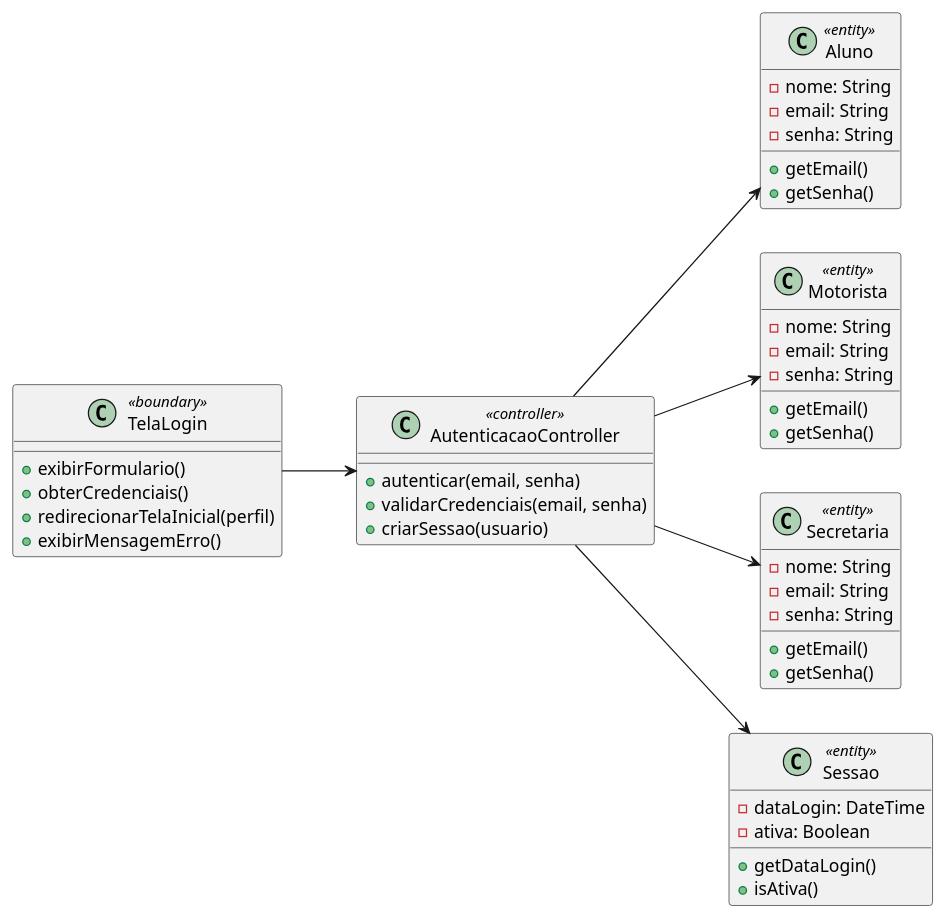
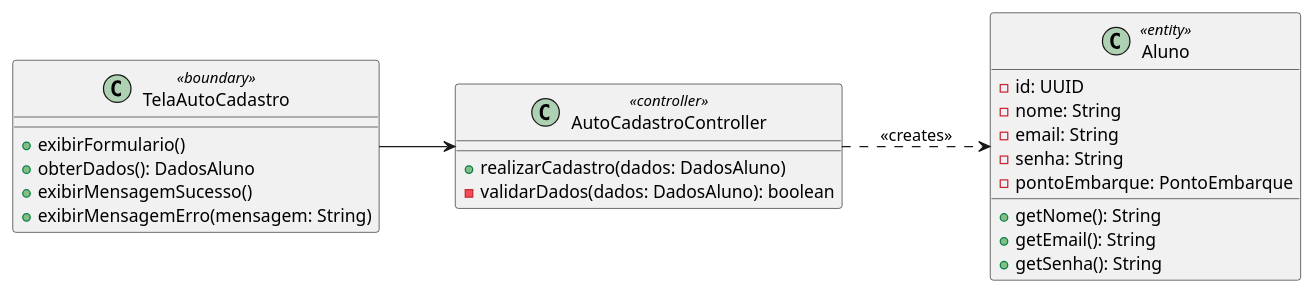
Before and after one commit to viniciusdias2902/modelagem_uml: the diagram in vcp/Caso_02_VCP.puml, drawn with PlantUML. The commit also changed other lines of this file and 117 other files, not shown here.

Commit message:
Atualização dos diagramas

```diff
--- a/vcp/Caso_02_VCP.puml
+++ b/vcp/Caso_02_VCP.puml
@@ -1,54 +1,38 @@
 @startuml
 left to right direction
 
-class TelaLogin <<boundary>> {
+' ==========================================
+' ECB
+' ==========================================
+
+class TelaAutoCadastro <<boundary>> {
     +exibirFormulario()
-    +obterCredenciais()
-    +redirecionarTelaInicial(perfil)
-    +exibirMensagemErro()
+    +obterDados(): DadosAluno
+    +exibirMensagemSucesso()
+    +exibirMensagemErro(mensagem: String)
 }
 
-class AutenticacaoController <<controller>> {
-    +autenticar(email, senha)
-    +validarCredenciais(email, senha)
-    +criarSessao(usuario)
+class AutoCadastroController <<controller>> {
+    +realizarCadastro(dados: DadosAluno)
+    -validarDados(dados: DadosAluno): boolean
 }
 
 class Aluno <<entity>> {
+    -id: UUID
     -nome: String
     -email: String
     -senha: String
-    +getEmail()
-    +getSenha()
+    -pontoEmbarque: PontoEmbarque
+    +getNome(): String
+    +getEmail(): String
+    +getSenha(): String
 }
 
-class Motorista <<entity>> {
-    -nome: String
-    -email: String
-    -senha: String
-    +getEmail()
-    +getSenha()
-}
+' ==========================================
+' RELACIONAMENTOS
+' ==========================================
 
-class Secretaria <<entity>> {
-    -nome: String
-    -email: String
-    -senha: String
-    +getEmail()
-    +getSenha()
-}
-
-class Sessao <<entity>> {
-    -dataLogin: DateTime
-    -ativa: Boolean
-    +getDataLogin()
-    +isAtiva()
-}
-
-TelaLogin --> AutenticacaoController
-AutenticacaoController --> Aluno
-AutenticacaoController --> Motorista
-AutenticacaoController --> Secretaria
-AutenticacaoController --> Sessao
+TelaAutoCadastro --> AutoCadastroController
+AutoCadastroController ..> Aluno : <<creates>>
 
 @enduml
```
